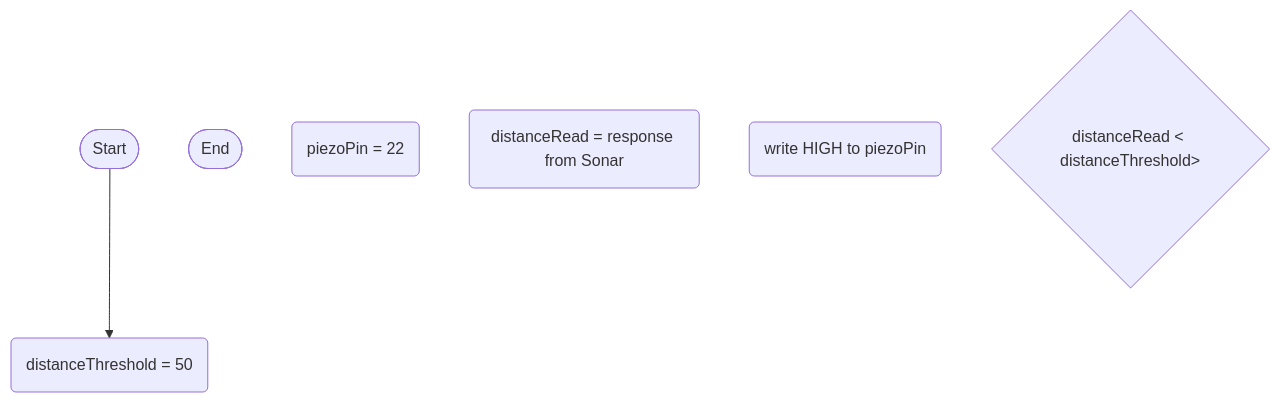
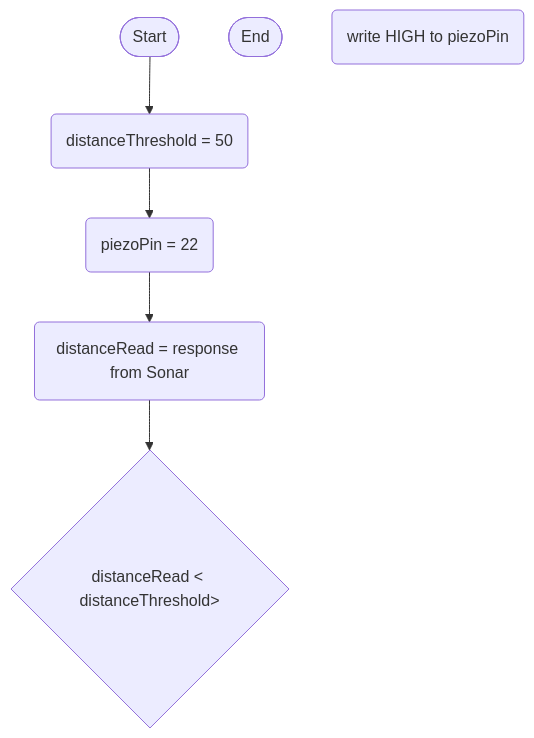
One commit to GiucciBoi/Programming-2022LTC changed the diagram in Logic.md. Above: the diagram before and after it, drawn with Mermaid.

````diff
--- a/Logic.md
+++ b/Logic.md
@@ -1,12 +1,16 @@
 ```mermaid 
 flowchart TD
 terminalStart([Start])
 terminalEnd([End])
 
 thresholdSet(distanceThreshold = 50)
 setPiezoPin(piezoPin = 22)
 currentDistanceReading(distanceRead = response from Sonar)
 activatePiezo(write HIGH to piezoPin)
 ifDistanceLessThanThreshold{distanceRead < distanceThreshold>}
+
 terminalStart --> thresholdSet
+thresholdSet --> setPiezoPin
+setPiezoPin --> currentDistanceReading
+currentDistanceReading --> ifDistanceLessThanThreshold
 ```
````
